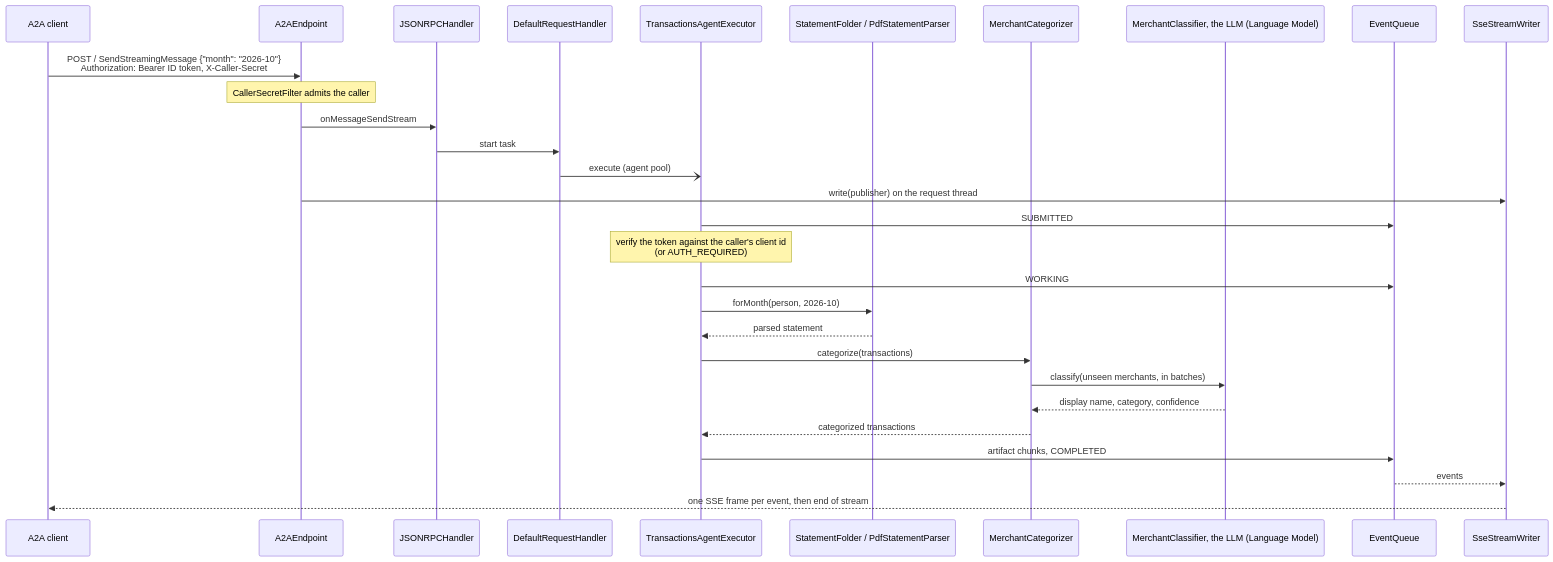
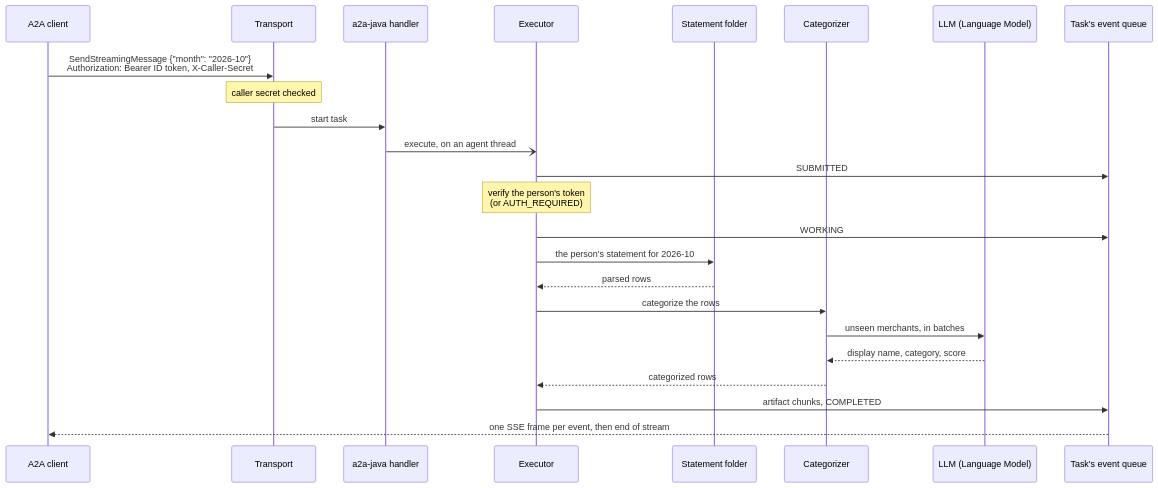
Before and after one commit to erancha/amex-agent: the diagram in docs/architecture/request-flow.md, drawn with Mermaid. The commit also changed other lines of this file and 10 other files, not shown here.

````diff
--- a/docs/architecture/request-flow.md
+++ b/docs/architecture/request-flow.md
@@ -3,32 +6,27 @@
 ```mermaid
 sequenceDiagram
   participant C as A2A client
-  participant E as A2AEndpoint
-  participant J as JSONRPCHandler
-  participant D as DefaultRequestHandler
-  participant X as TransactionsAgentExecutor
-  participant F as StatementFolder / PdfStatementParser
-  participant M as MerchantCategorizer
-  participant L as MerchantClassifier, the LLM (Language Model)
-  participant Q as EventQueue
-  participant S as SseStreamWriter
+  participant E as Transport
+  participant H as a2a-java handler
+  participant X as Executor
+  participant F as Statement folder
+  participant M as Categorizer
+  participant L as LLM (Language Model)
+  participant Q as Task's event queue
 
-  C->>E: POST / SendStreamingMessage {"month": "2026-10"}<br/>Authorization: Bearer ID token, X-Caller-Secret
-  Note over E: CallerSecretFilter admits the caller
-  E->>J: onMessageSendStream
-  J->>D: start task
-  D-)X: execute (agent pool)
-  E->>S: write(publisher) on the request thread
+  C->>E: SendStreamingMessage {"month": "2026-10"}<br/>Authorization: Bearer ID token, X-Caller-Secret
+  Note over E: caller secret checked
+  E->>H: start task
+  H-)X: execute, on an agent thread
   X->>Q: SUBMITTED
-  Note over X: verify the token against the caller's client id<br/>(or AUTH_REQUIRED)
+  Note over X: verify the person's token<br/>(or AUTH_REQUIRED)
   X->>Q: WORKING
-  X->>F: forMonth(person, 2026-10)
-  F-->>X: parsed statement
-  X->>M: categorize(transactions)
-  M->>L: classify(unseen merchants, in batches)
-  L-->>M: display name, category, confidence
-  M-->>X: categorized transactions
+  X->>F: the person's statement for 2026-10
+  F-->>X: parsed rows
+  X->>M: categorize the rows
+  M->>L: unseen merchants, in batches
+  L-->>M: display name, category, score
+  M-->>X: categorized rows
   X->>Q: artifact chunks, COMPLETED
-  Q-->>S: events
-  S-->>C: one SSE frame per event, then end of stream
+  Q-->>C: one SSE frame per event, then end of stream
 ```
````
